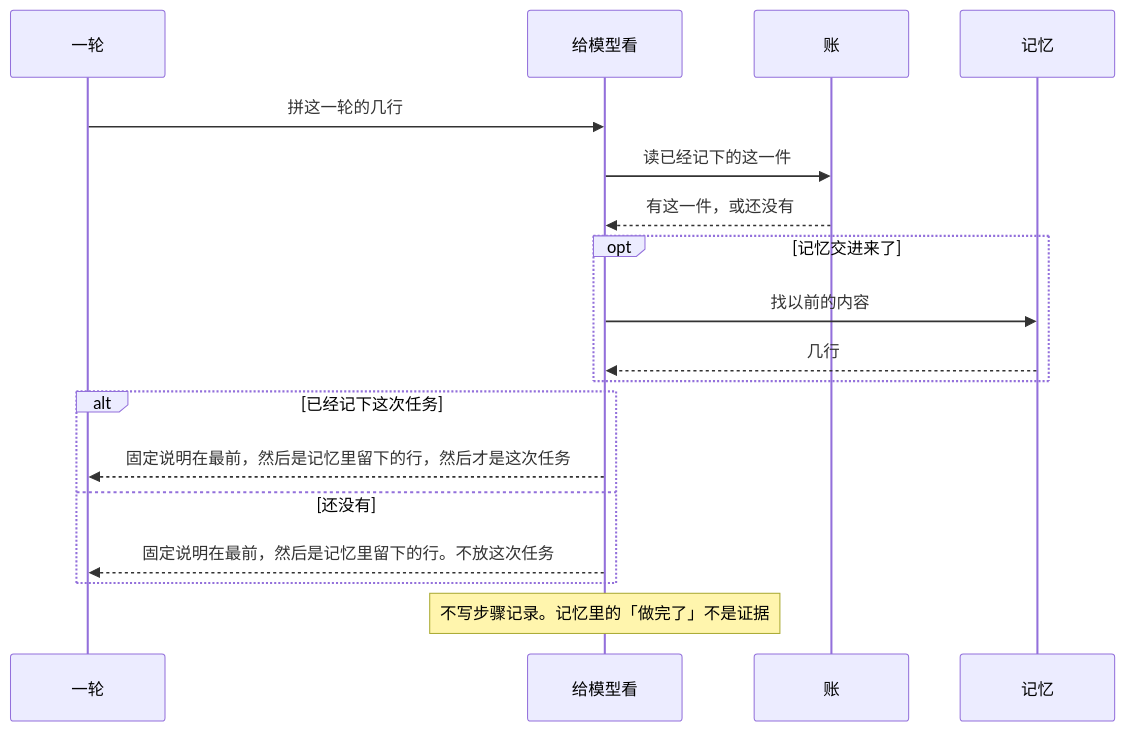
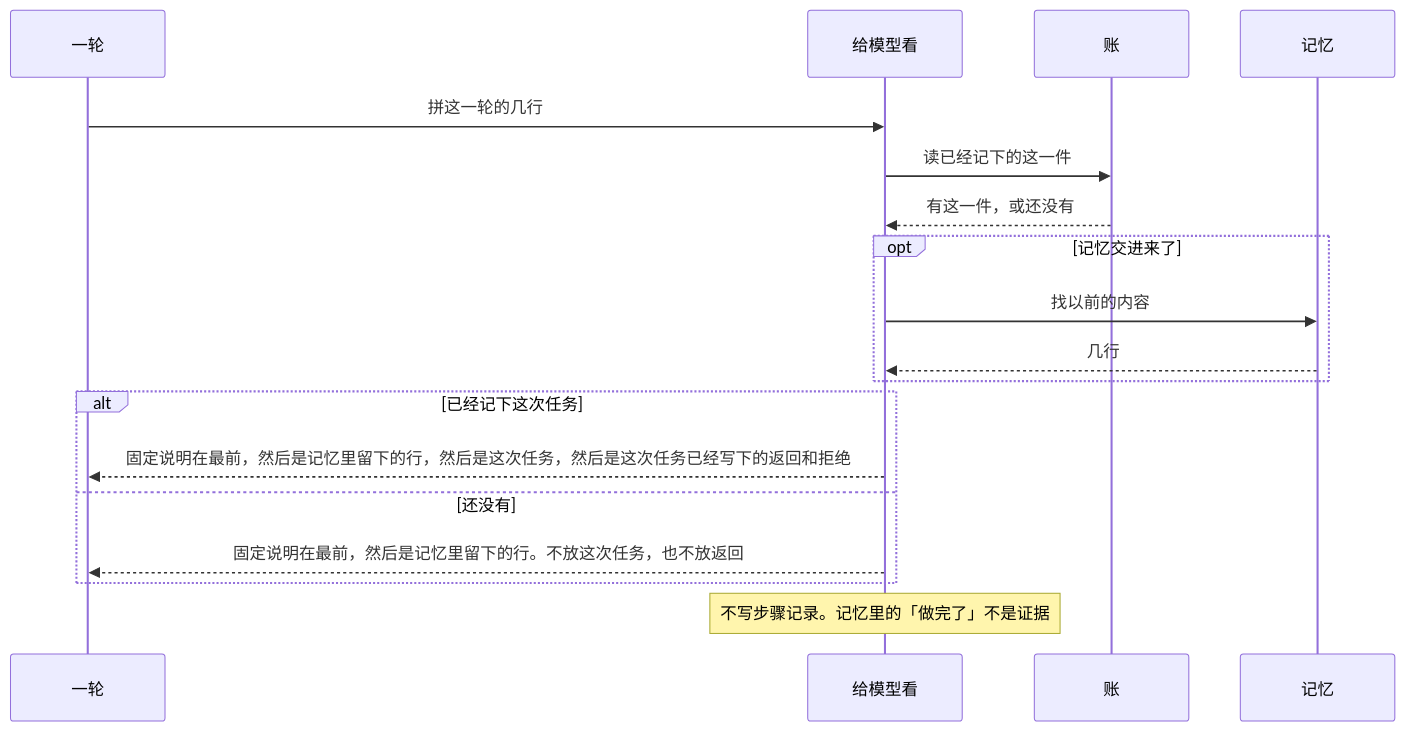
One commit to zxpmail/tepeu changed the diagram in docs/specs/给模型看.md. Above: the diagram before and after it, drawn with Mermaid. The commit also changed other lines of this file and 46 other files, not shown here.

````diff
--- a/docs/specs/给模型看.md
+++ b/docs/specs/给模型看.md
@@ -23,20 +25,20 @@
 ```mermaid
 sequenceDiagram
   participant round as 一轮
   participant view as 给模型看
   participant ledger as 账
   participant memory as 记忆
   round->>view: 拼这一轮的几行
   view->>ledger: 读已经记下的这一件
   ledger-->>view: 有这一件，或还没有
   opt 记忆交进来了
     view->>memory: 找以前的内容
     memory-->>view: 几行
   end
   alt 已经记下这次任务
-    view-->>round: 固定说明在最前，然后是记忆里留下的行，然后才是这次任务
+    view-->>round: 固定说明在最前，然后是记忆里留下的行，然后是这次任务，然后是这次任务已经写下的返回和拒绝
   else 还没有
-    view-->>round: 固定说明在最前，然后是记忆里留下的行。不放这次任务
+    view-->>round: 固定说明在最前，然后是记忆里留下的行。不放这次任务，也不放返回
   end
   Note over view: 不写步骤记录。记忆里的「做完了」不是证据
 ```
````
